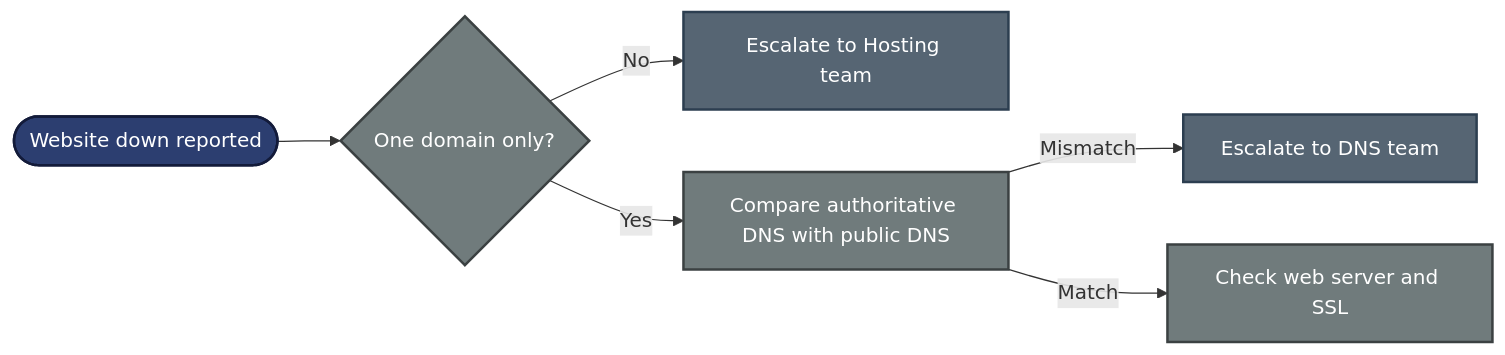
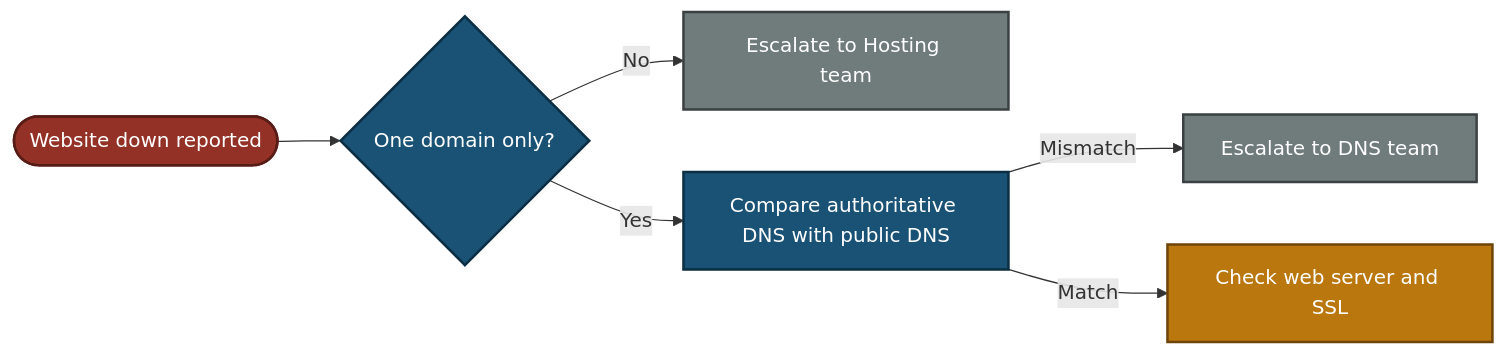
One commit to malaika-azhar/Customer-Tech-Support-Portfolio changed the second of 2 diagrams in 05-Escalation-scripts/05.1-Website-Down.md. Above: the diagram before and after it, drawn with Mermaid. The commit also changed other lines of this file, not shown here.

````diff
--- a/05-Escalation-scripts/05.1-Website-Down.md
+++ b/05-Escalation-scripts/05.1-Website-Down.md
@@ -177,14 +183,16 @@
 ```mermaid
 flowchart LR
     A(["Website down reported"]) --> B{"One domain only?"}
     B -->|No| C["Escalate to Hosting team"]
     B -->|Yes| D["Compare authoritative DNS with public DNS"]
     D -->|Mismatch| E["Escalate to DNS team"]
     D -->|Match| F["Check web server and SSL"]
-    classDef navy fill:#2C3E70,stroke:#131B3A,stroke-width:2px,color:#FFFFFF;
-    classDef grey fill:#707B7C,stroke:#3B4142,stroke-width:2px,color:#FFFFFF;
-    classDef slate fill:#566573,stroke:#2C3E50,stroke-width:2px,color:#FFFFFF;
-    class A navy;
-    class B,D,F grey;
-    class C,E slate;
+    classDef blue fill:#1A5276,stroke:#0B2E43,stroke-width:2px,color:#FFFFFF;
+    classDef red fill:#943126,stroke:#571C16,stroke-width:2px,color:#FFFFFF;
+    classDef orange fill:#B9770E,stroke:#6E4409,stroke-width:2px,color:#FFFFFF;
+    classDef gray fill:#707B7C,stroke:#3B4142,stroke-width:2px,color:#FFFFFF;
+    class A red;
+    class B,D blue;
+    class F orange;
+    class C,E gray;
 ```
````
